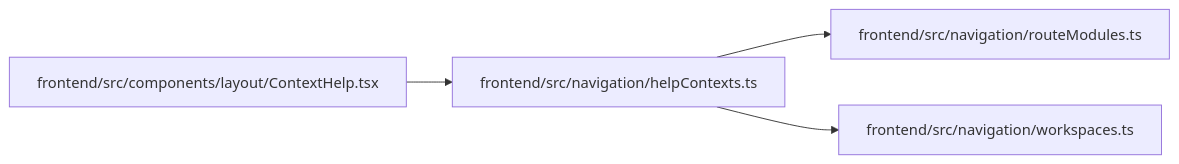
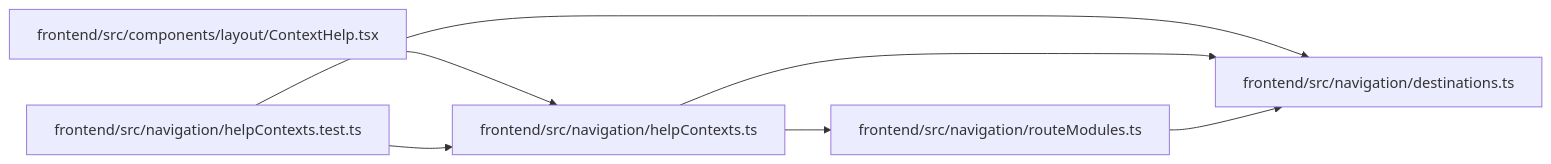
Before and after one commit to Denissvgn/WorkChord: the diagram in docs/llm_wiki/modules/helpContexts.md, drawn with Mermaid. The commit also changed other lines of this file and 2373 other files, not shown here.

````diff
--- a/docs/llm_wiki/modules/helpContexts.md
+++ b/docs/llm_wiki/modules/helpContexts.md
@@ -29,14 +30,19 @@
 ```mermaid
 flowchart LR
     n0["frontend/src/components/layout/ContextHelp.tsx"]
-    n1["frontend/src/navigation/helpContexts.ts"]
-    n2["frontend/src/navigation/routeModules.ts"]
-    n3["frontend/src/navigation/workspaces.ts"]
-    n0 --> n1
-    n1 --> n2
-    n1 --> n3
+    n1["frontend/src/navigation/destinations.ts"]
+    n2["frontend/src/navigation/helpContexts.test.ts"]
+    n3["frontend/src/navigation/helpContexts.ts"]
+    n4["frontend/src/navigation/routeModules.ts"]
+    n0 --> n3
+    n2 --> n1
+    n2 --> n3
+    n3 --> n1
+    n3 --> n4
+    n4 --> n1
     click n0 "../modules/ContextHelp.md"
-    click n1 "../modules/helpContexts.md"
-    click n2 "../modules/routeModules.md"
-    click n3 "../modules/workspaces.md"
+    click n1 "../modules/destinations.md"
+    click n2 "../modules/helpContexts.test.md"
+    click n3 "../modules/helpContexts.md"
+    click n4 "../modules/routeModules.md"
 ```
````
